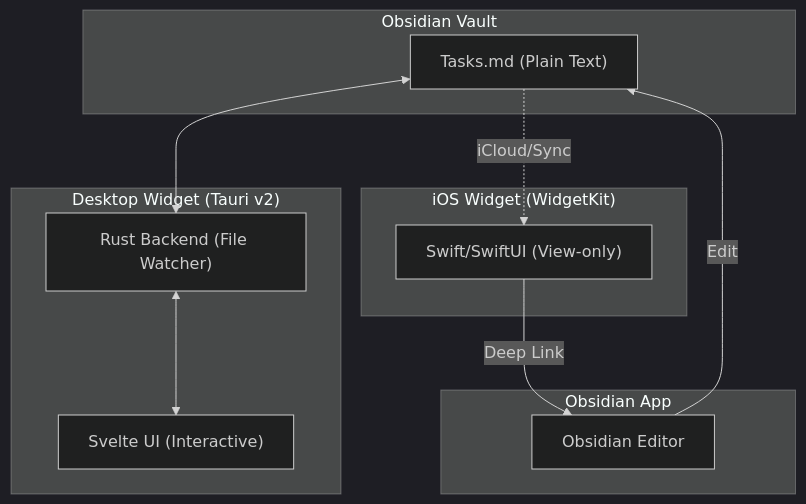
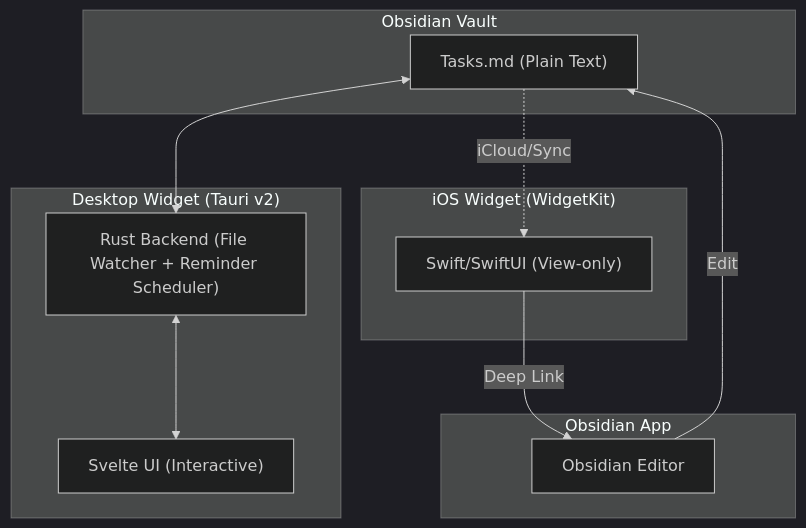
The diagram in README.md (uvesarshad/obsidian-widget), drawn with Mermaid (dark theme) before and after one commit. The commit also changed other lines of this file and 39 other files, not shown here.

````diff
--- a/README.md
+++ b/README.md
@@ -16,25 +186,25 @@
 ```mermaid
 graph TD
     subgraph Vault ["Obsidian Vault"]
         MD["Tasks.md (Plain Text)"]
     end
 
     subgraph Desktop ["Desktop Widget (Tauri v2)"]
-        T_Rust["Rust Backend (File Watcher)"]
+        T_Rust["Rust Backend (File Watcher + Reminder Scheduler)"]
         T_Svelte["Svelte UI (Interactive)"]
         T_Rust <--> T_Svelte
     end
 
     subgraph Mobile ["iOS Widget (WidgetKit)"]
         W_Swift["Swift/SwiftUI (View-only)"]
     end
 
     subgraph App ["Obsidian App"]
         O_App["Obsidian Editor"]
     end
 
     MD <--> T_Rust
     MD -.->|iCloud/Sync| W_Swift
     W_Swift -->|Deep Link| O_App
     O_App -->|Edit| MD
 ```
````
